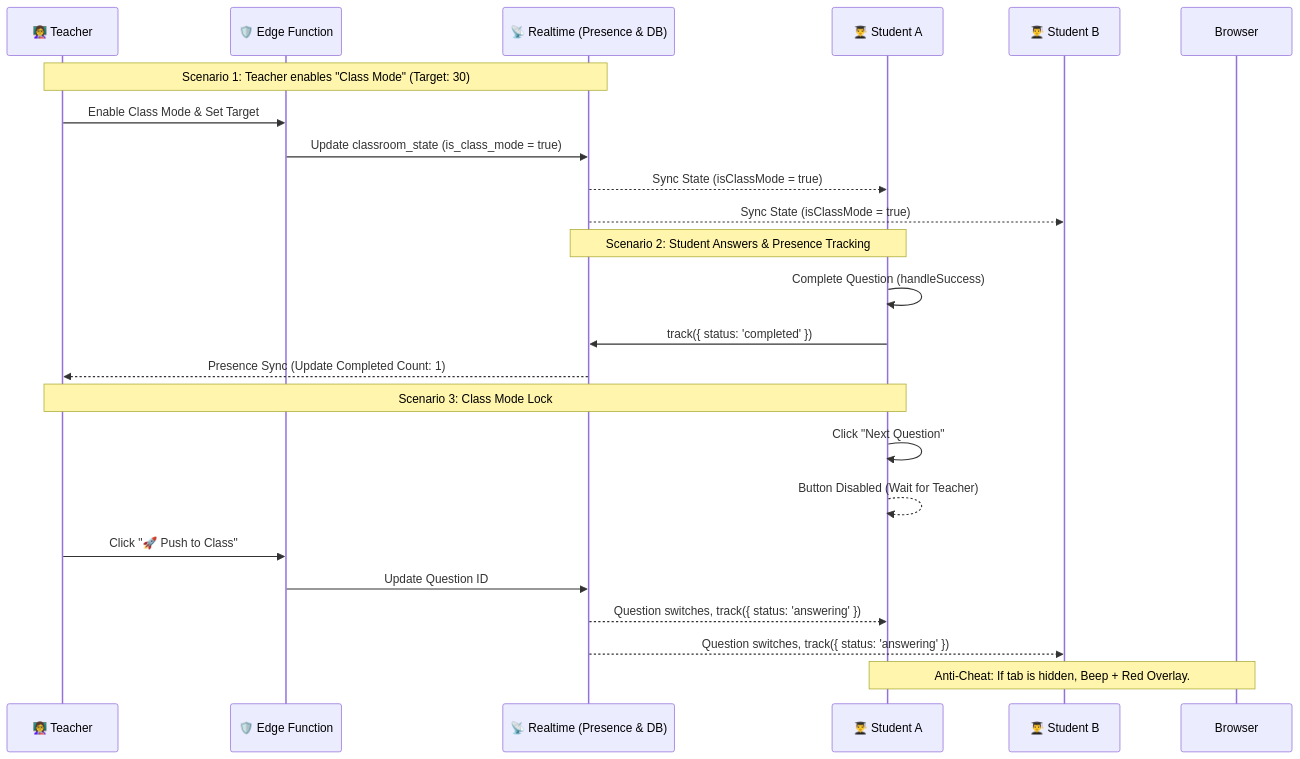
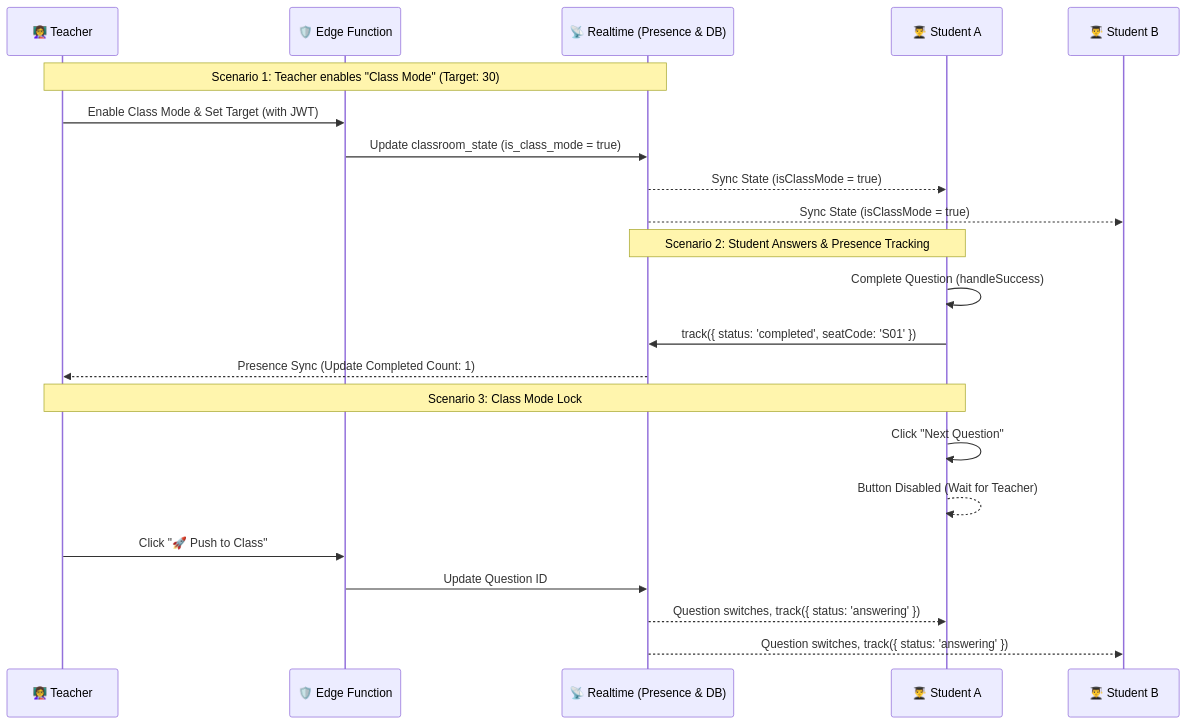
The third of 3 diagrams in README.md (ylin3-learner/SyntaxHunt), drawn with Mermaid before and after one commit. The commit also changed other lines of this file and 1 other file, not shown here.

First line of the commit message:
docs(readme): update architecture, multi-tenancy, and auth documentation

````diff
--- a/README.md
+++ b/README.md
@@ -147,33 +155,31 @@
 ```mermaid
 sequenceDiagram
     participant T as 👩‍🏫 Teacher
     participant EF as 🛡️ Edge Function
     participant RT as 📡 Realtime (Presence & DB)
     participant S as 👨‍🎓 Student A
     participant S2 as 👨‍🎓 Student B
 
     Note over T,RT: Scenario 1: Teacher enables "Class Mode" (Target: 30)
     
-    T->>EF: Enable Class Mode & Set Target
+    T->>EF: Enable Class Mode & Set Target (with JWT)
     EF->>RT: Update classroom_state (is_class_mode = true)
     RT-->>S: Sync State (isClassMode = true)
     RT-->>S2: Sync State (isClassMode = true)
 
     Note over S,RT: Scenario 2: Student Answers & Presence Tracking
     
     S->>S: Complete Question (handleSuccess)
-    S->>RT: track({ status: 'completed' })
+    S->>RT: track({ status: 'completed', seatCode: 'S01' })
     RT-->>T: Presence Sync (Update Completed Count: 1)
     
     Note over S,T: Scenario 3: Class Mode Lock
     
     S->>S: Click "Next Question"
     S-->>S: Button Disabled (Wait for Teacher)
     
     T->>EF: Click "🚀 Push to Class"
     EF->>RT: Update Question ID
     RT-->>S: Question switches, track({ status: 'answering' })
     RT-->>S2: Question switches, track({ status: 'answering' })
-    
-    Note over S, Browser: Anti-Cheat: If tab is hidden, Beep + Red Overlay.
 ```
````
